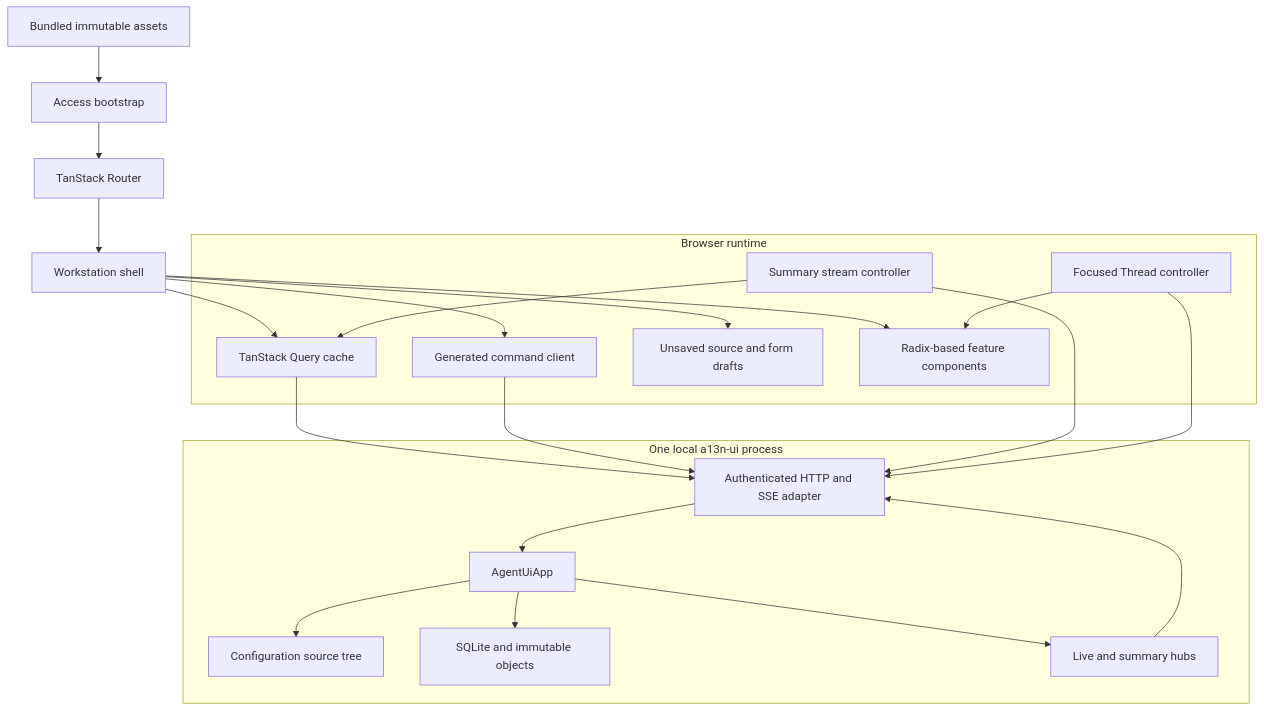
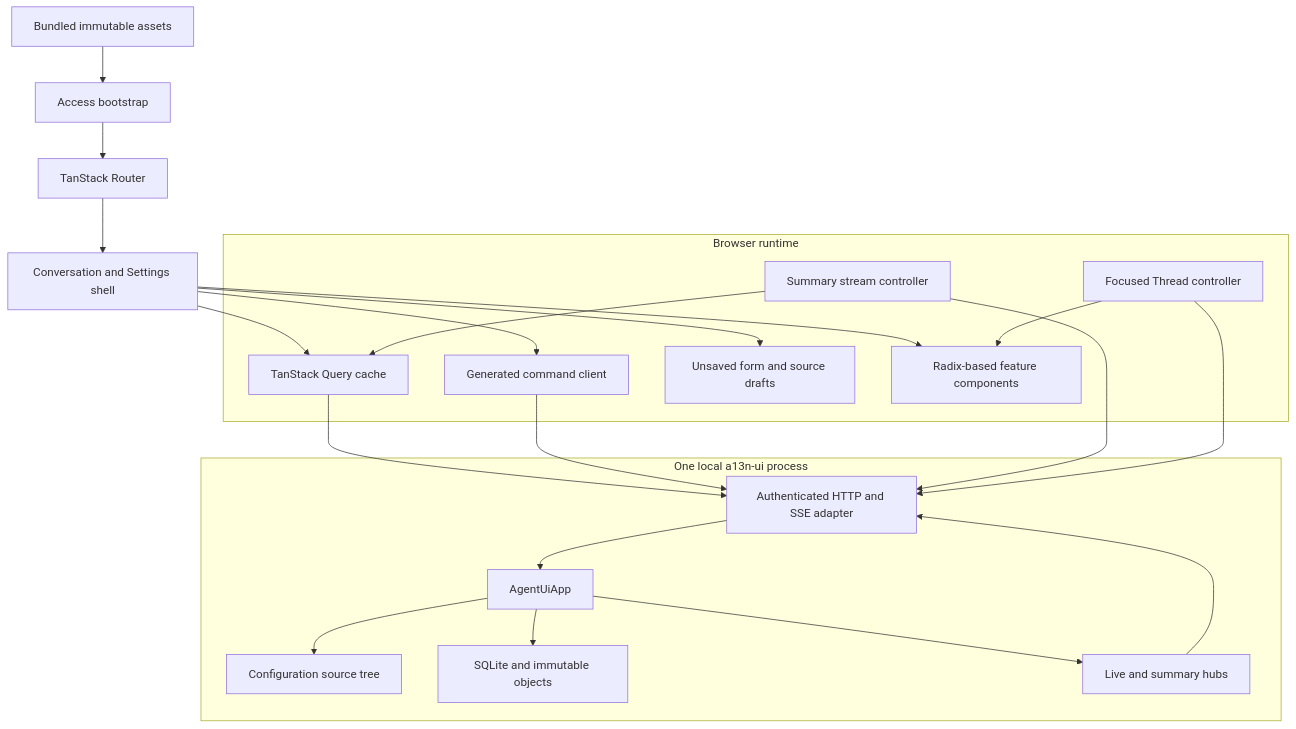
The first of 2 diagrams in spec/agent-ui/webui/00-overview.md (LTThreeComma/agent-foundation), drawn with Mermaid before and after one commit. The commit also changed other lines of this file and 10 other files, not shown here.

````diff
--- a/spec/agent-ui/webui/00-overview.md
+++ b/spec/agent-ui/webui/00-overview.md
@@ -42,33 +42,33 @@
 ```mermaid
 flowchart TB
     Static[Bundled immutable assets]
     Bootstrap[Access bootstrap]
     Router[TanStack Router]
-    Shell[Workstation shell]
+    Shell[Conversation and Settings shell]
 
     subgraph Client[Browser runtime]
         Query[TanStack Query cache]
         Commands[Generated command client]
         Summary[Summary stream controller]
-        Focus[Focused Thread controller]
-        Drafts[Unsaved source and form drafts]
+        Focused[Focused Thread controller]
+        Drafts[Unsaved form and source drafts]
         Components[Radix-based feature components]
     end
 
     subgraph Host[One local a13n-ui process]
         Adapter[Authenticated HTTP and SSE adapter]
         App[AgentUiApp]
         Files[Configuration source tree]
         Store[SQLite and immutable objects]
         Live[Live and summary hubs]
     end
 
     Static --> Bootstrap --> Router --> Shell
     Shell --> Query & Commands & Drafts & Components
-    Query & Commands & Summary & Focus --> Adapter
+    Query & Commands & Summary & Focused --> Adapter
     Adapter --> App
     App --> Files & Store & Live
     Live --> Adapter
     Summary --> Query
-    Focus --> Components
+    Focused --> Components
 ```
````
